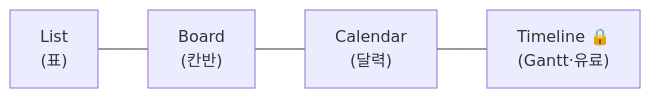
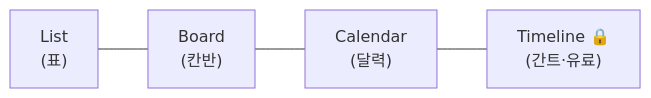
The diagram in 03_Asana/Guide.md (bbnotest/Smart4_PM), drawn with Mermaid before and after one commit. The commit also changed other lines of this file and 4 other files, not shown here.

````diff
--- a/03_Asana/Guide.md
+++ b/03_Asana/Guide.md
@@ -129,4 +149,4 @@
 ```mermaid
 graph LR
-    L["List<br/>(표)"] --- B["Board<br/>(칸반)"] --- C["Calendar<br/>(달력)"] --- T["Timeline 🔒<br/>(Gantt·유료)"]
+    L["List<br/>(표)"] --- B["Board<br/>(칸반)"] --- C["Calendar<br/>(달력)"] --- T["Timeline 🔒<br/>(간트·유료)"]
 ```
````
